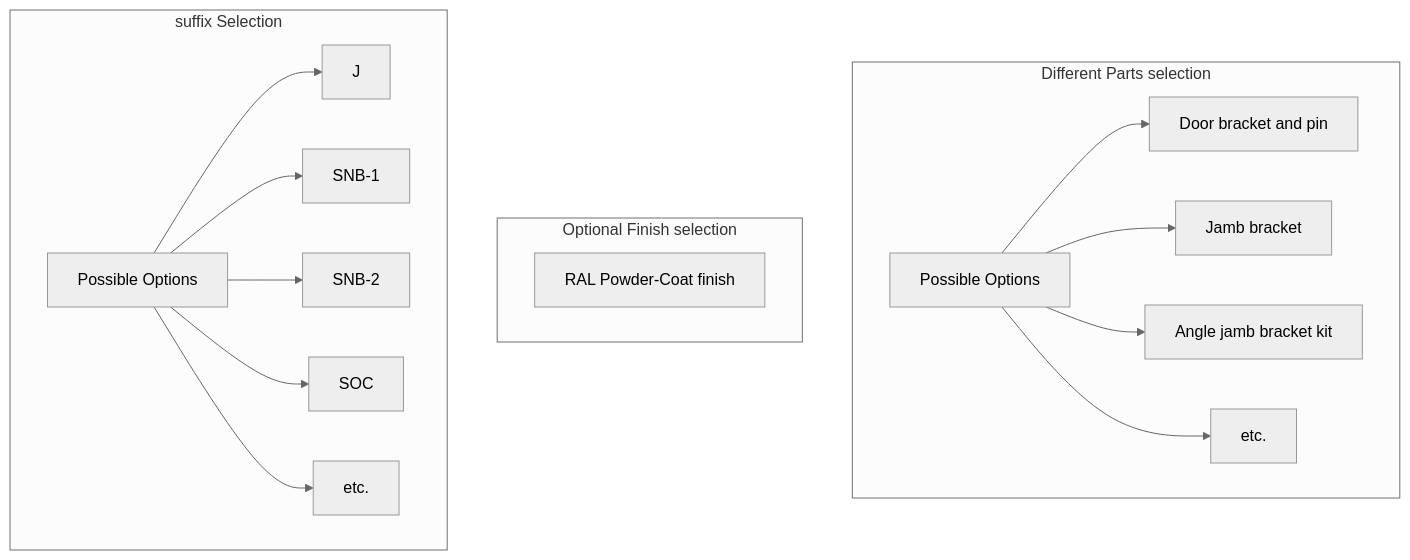
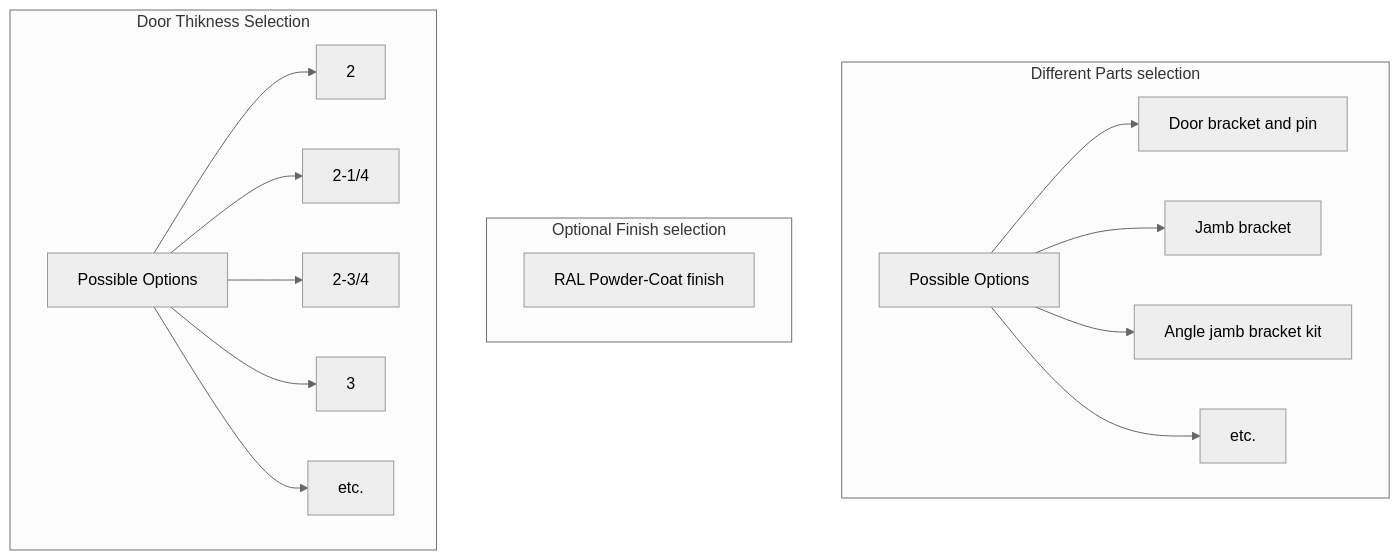
One commit to alokdas81/diamond-pricebook-diagram changed the fifth of 27 diagrams in README.md. Above: the diagram before and after it, drawn with Mermaid (neutral theme). The commit also changed other lines of this file, not shown here.

Commit message:
readme updated

````diff
--- a/README.md
+++ b/README.md
@@ -270,37 +283,35 @@
 ```mermaid
 graph TB
-
-
 
 subgraph Different Parts selection
 G[Possible Options]
 H[Door bracket and pin]
 I[Jamb bracket]
 J[Angle jamb bracket kit]
 K[etc.]
 end
 
 subgraph Optional Finish selection
 F[RAL Powder-Coat finish]
 end
 
-subgraph suffix Selection
+subgraph Door Thikness Selection
 A[Possible Options]
-B[J]
-C[SNB-1]
-D[SNB-2]
-E[SOC]
+B[2]
+C[2-1/4]
+D[2-3/4]
+E[3]
 L[etc.]
 end
 
 A --> B
 A --> C
 A --> D
 A --> E
 A --> L
 
 G --> H
 G --> I
 G --> J
 G --> K
 ```
````
